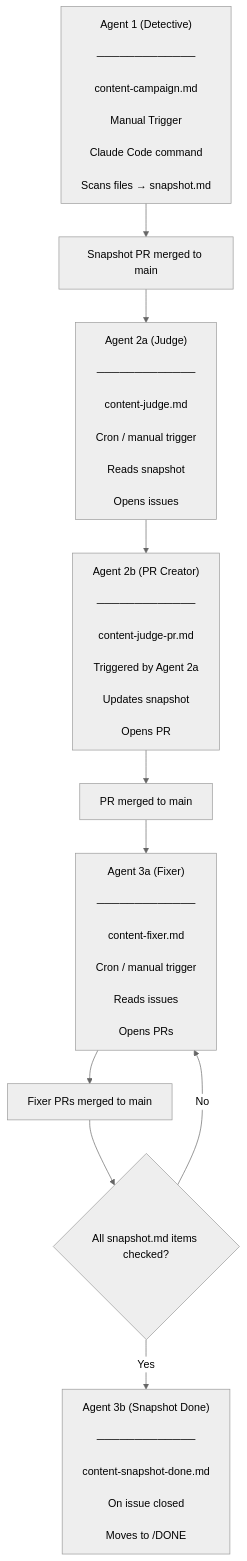
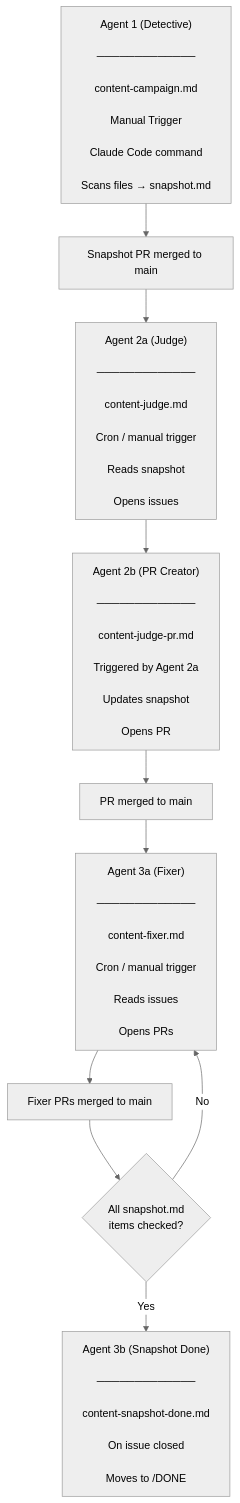
The diagram in .github/ContentHawk/README.md (SSWConsulting/SSW.Rules.Content), drawn with Mermaid (neutral theme) before and after one commit.

Commit message:
line break

````diff
--- a/.github/ContentHawk/README.md
+++ b/.github/ContentHawk/README.md
@@ -7,48 +7,48 @@
 ```mermaid
 flowchart TD
     A["Agent 1 (Detective)<br/>
     ─────────────<br/>
     content-campaign.md<br/>
     Manual Trigger<br/>
     Claude Code command<br/>
     Scans files → snapshot.md"]
 
     B["Snapshot PR merged to main"]
 
     C["Agent 2a (Judge)<br/>
     ─────────────<br/>
     content-judge.md<br/>
     Cron / manual trigger<br/>
     Reads snapshot<br/>
     Opens issues"]
 
     D["Agent 2b (PR Creator)<br/>
     ─────────────<br/>
     content-judge-pr.md<br/>
     Triggered by Agent 2a<br/>
     Updates snapshot<br/>
     Opens PR"]
 
     E["PR merged to main"]
 
     F["Agent 3a (Fixer)<br/>
     ─────────────<br/>
     content-fixer.md<br/>
     Cron / manual trigger<br/>
     Reads issues<br/>
     Opens PRs"]
 
     G["Fixer PRs merged to main"]
 
-    I{"All snapshot.md items checked?"}
+    I{"All snapshot.md <br/> items checked?"}
 
     H["Agent 3b (Snapshot Done)<br/>
     ─────────────<br/>
     content-snapshot-done.md<br/>
     On issue closed<br/>
     Moves to /DONE"]
 
     A --> B --> C --> D --> E --> F --> G --> I
     I -- Yes --> H
     I -- No --> F
 ```
````
